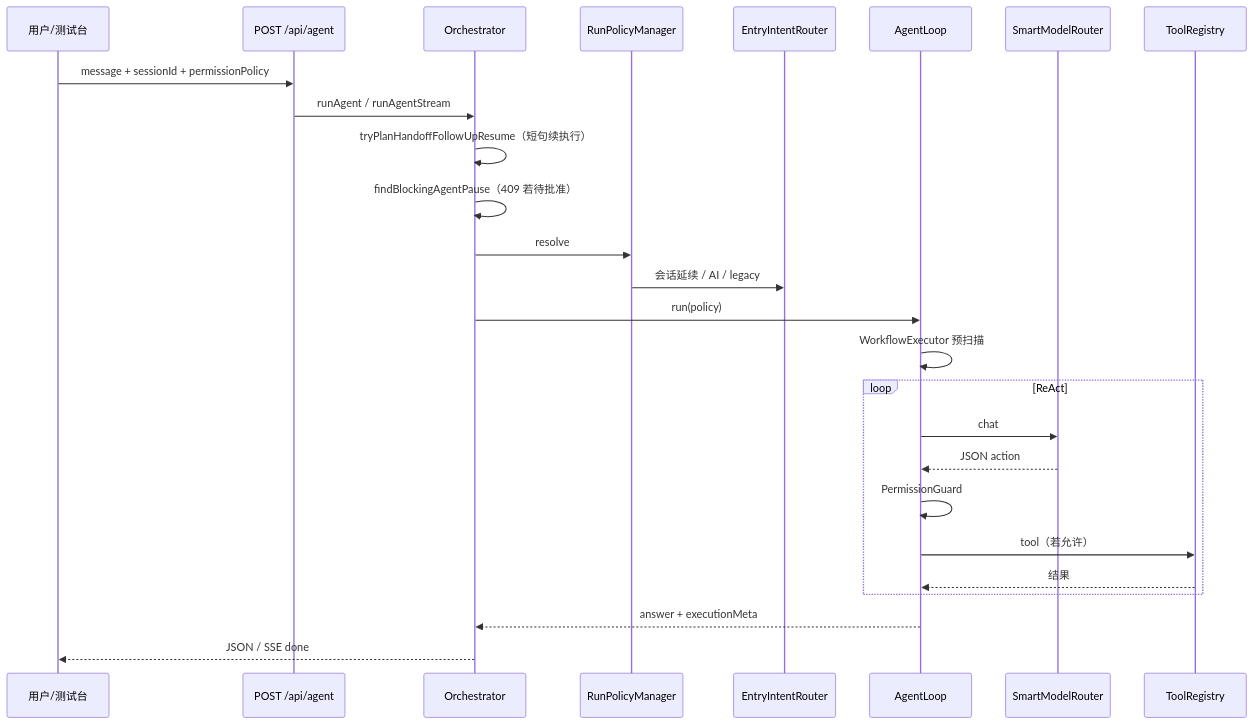
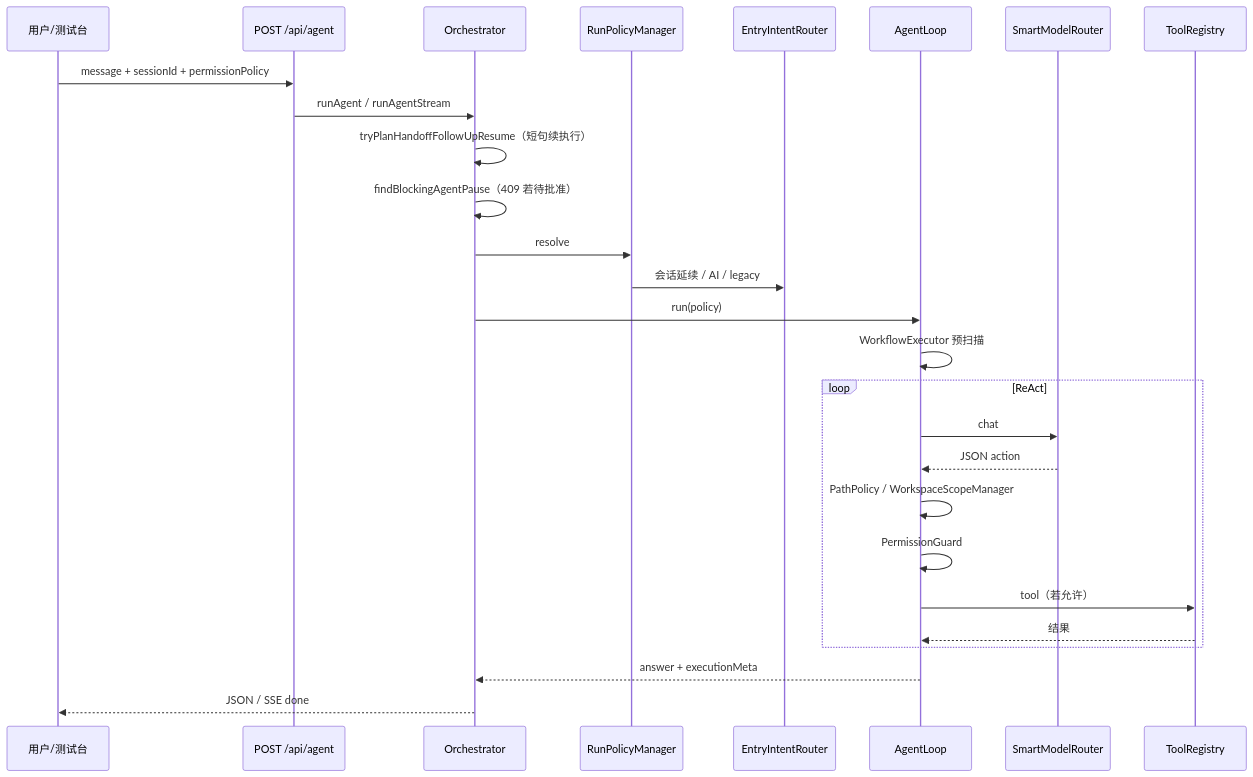
One commit to Atikou/AgentRelay changed the first of 6 diagrams in docs/执行流程.md. Above: the diagram before and after it, drawn with Mermaid. The commit also changed other lines of this file and 112 other files, not shown here.

````diff
--- a/docs/执行流程.md
+++ b/docs/执行流程.md
@@ -7,29 +7,30 @@
 ```mermaid
 sequenceDiagram
   participant U as 用户/测试台
   participant API as POST /api/agent
   participant O as Orchestrator
   participant RP as RunPolicyManager
   participant EIR as EntryIntentRouter
   participant AL as AgentLoop
   participant MR as SmartModelRouter
   participant T as ToolRegistry
 
   U->>API: message + sessionId + permissionPolicy
   API->>O: runAgent / runAgentStream
   O->>O: tryPlanHandoffFollowUpResume（短句续执行）
   O->>O: findBlockingAgentPause（409 若待批准）
   O->>RP: resolve
   RP->>EIR: 会话延续 / AI / legacy
   O->>AL: run(policy)
   AL->>AL: WorkflowExecutor 预扫描
   loop ReAct
     AL->>MR: chat
     MR-->>AL: JSON action
+    AL->>AL: PathPolicy / WorkspaceScopeManager
     AL->>AL: PermissionGuard
     AL->>T: tool（若允许）
     T-->>AL: 结果
   end
   AL-->>O: answer + executionMeta
   O-->>U: JSON / SSE done
 ```
````
